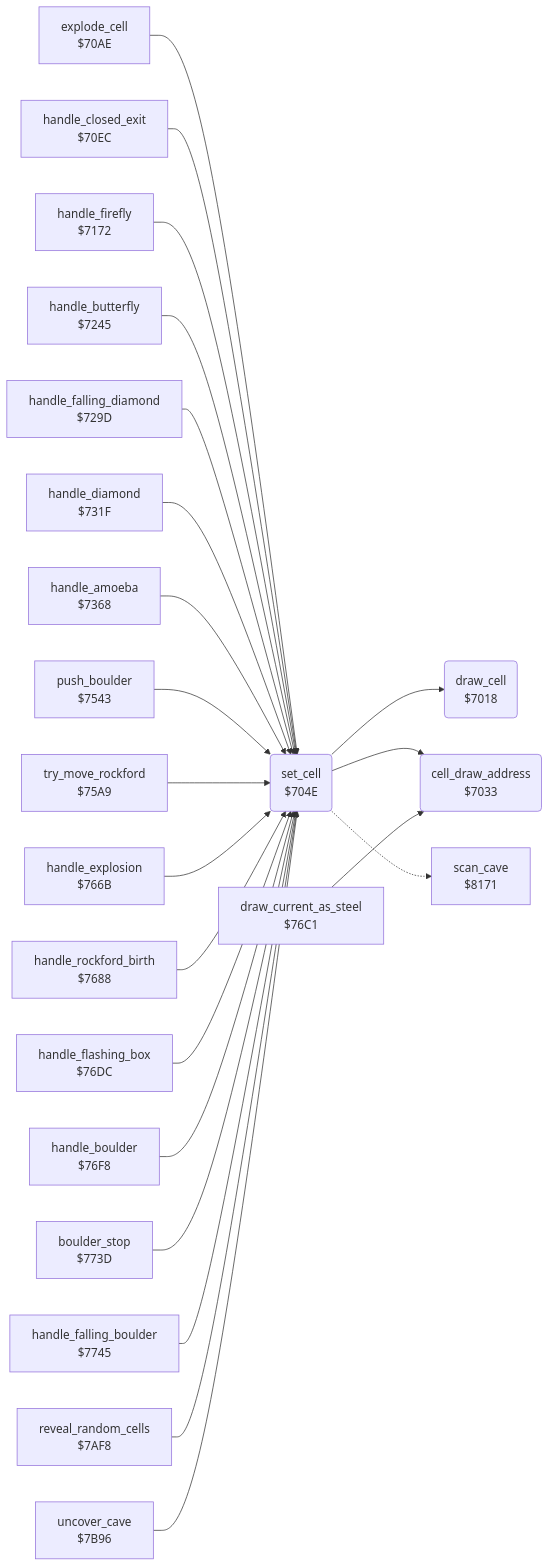
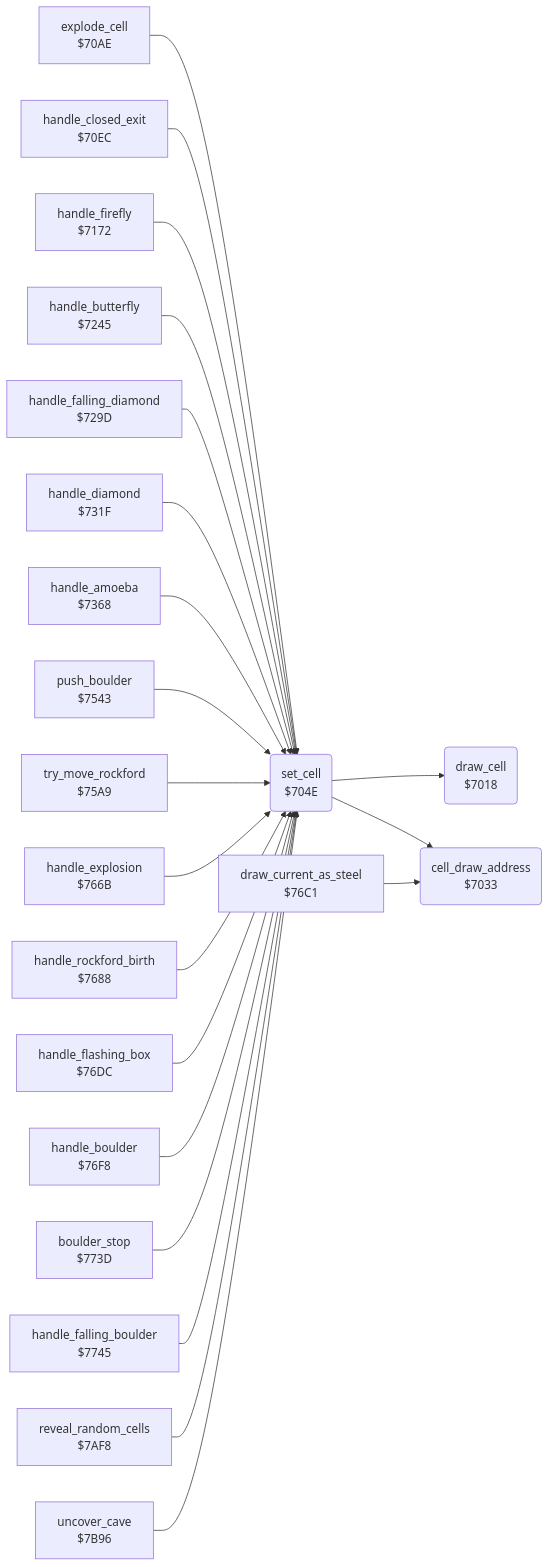
One commit to henols/c64_games changed the diagram in boulder_dash/v2/docs/reference/modules/engine/cell_draw.md. Above: the diagram before and after it, drawn with Mermaid. The commit also changed other lines of this file and 1100 other files, not shown here.

````diff
--- a/boulder_dash/v2/docs/reference/modules/engine/cell_draw.md
+++ b/boulder_dash/v2/docs/reference/modules/engine/cell_draw.md
@@ -10,46 +19,44 @@
 ```mermaid
 flowchart LR
   n7018("draw_cell<br/>$7018")
   n7033("cell_draw_address<br/>$7033")
   n704e("set_cell<br/>$704E")
   n70ae["explode_cell<br/>$70AE"]
   n70ec["handle_closed_exit<br/>$70EC"]
   n7172["handle_firefly<br/>$7172"]
   n7245["handle_butterfly<br/>$7245"]
   n729d["handle_falling_diamond<br/>$729D"]
   n731f["handle_diamond<br/>$731F"]
   n7368["handle_amoeba<br/>$7368"]
   n7543["push_boulder<br/>$7543"]
   n75a9["try_move_rockford<br/>$75A9"]
   n766b["handle_explosion<br/>$766B"]
   n7688["handle_rockford_birth<br/>$7688"]
   n76c1["draw_current_as_steel<br/>$76C1"]
   n76dc["handle_flashing_box<br/>$76DC"]
   n76f8["handle_boulder<br/>$76F8"]
   n773d["boulder_stop<br/>$773D"]
   n7745["handle_falling_boulder<br/>$7745"]
   n7af8["reveal_random_cells<br/>$7AF8"]
   n7b96["uncover_cave<br/>$7B96"]
-  n8171["scan_cave<br/>$8171"]
   n704e --> n7018
   n704e --> n7033
-  n704e -.-> n8171
   n70ae --> n704e
   n70ec --> n704e
   n7172 --> n704e
   n7245 --> n704e
   n729d --> n704e
   n731f --> n704e
   n7368 --> n704e
   n7543 --> n704e
   n75a9 --> n704e
   n766b --> n704e
   n7688 --> n704e
   n76c1 --> n7033
   n76dc --> n704e
   n76f8 --> n704e
   n773d --> n704e
   n7745 --> n704e
   n7af8 --> n704e
   n7b96 --> n704e
 ```
````
